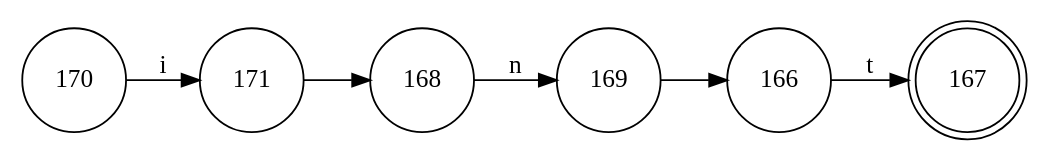
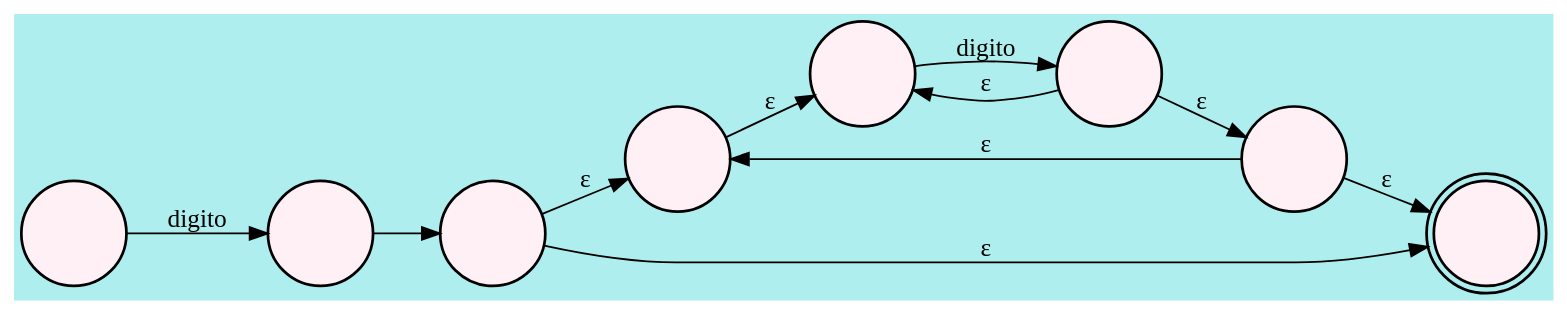
Before and after one commit to Lal0gg/-OLC1-Proyecto1_201900647: the diagram in Codigo/P1_Compi1_Dic23/nfa.dot, drawn with Graphviz. The commit also changed 12 other files, not shown here.

```diff
--- a/Codigo/P1_Compi1_Dic23/nfa.dot
+++ b/Codigo/P1_Compi1_Dic23/nfa.dot
@@ -1,15 +1,26 @@
 digraph NFA { 
- rankdir=LR;
-node[shape=circle]
-170 [shape=circle];
-170 -> 171 [label="i"];
-171 [shape=circle];
-171 -> 168 [label=""];
-168 [shape=circle];
-168 -> 169 [label="n"];
-169 [shape=circle];
-169 -> 166 [label=""];
-166 [shape=circle];
-166 -> 167 [label="t"];
-167 [shape=doublecircle];
+ rankdir=LR; 
+ fontname="Courier New"; 
+ fontsize="20pt"; 
+ bgcolor="paleturquoise"; 
+
+node[shape=folder ,fontsize="20pt",penwidth=1.5,fontname="Courier New",style="filled",fillcolor="lavenderblush1"]
+44 [shape=circle,label="  "];
+44 -> 45 [label="digito"];
+45 [shape=circle,label="  "];
+45 -> 42 [label=""];
+42 [shape=circle,label="  "];
+42 -> 40 [label="ε"];
+40 [shape=circle,label="  "];
+40 -> 36 [label="ε"];
+36 [shape=circle,label="  "];
+36 -> 37 [label="digito"];
+37 [shape=circle,label="  "];
+37 -> 36 [label="ε"];
+37 -> 41 [label="ε"];
+41 [shape=circle,label="  "];
+41 -> 40 [label="ε"];
+41 -> 43 [label="ε"];
+43 [shape=doublecircle,label="  "];
+42 -> 43 [label="ε"];
 }
```
